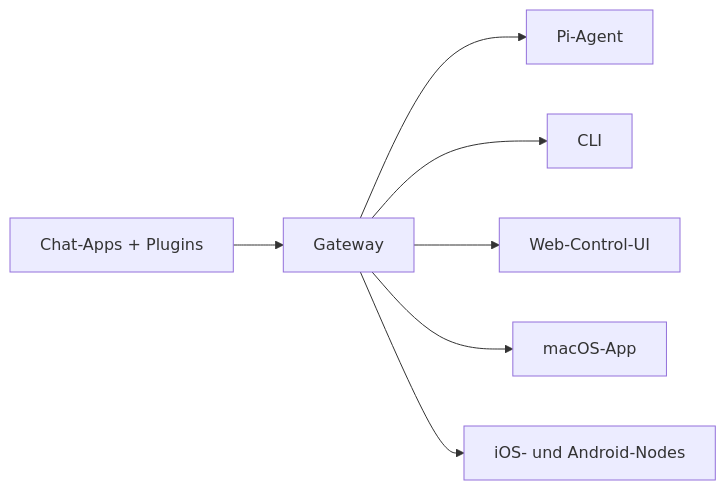
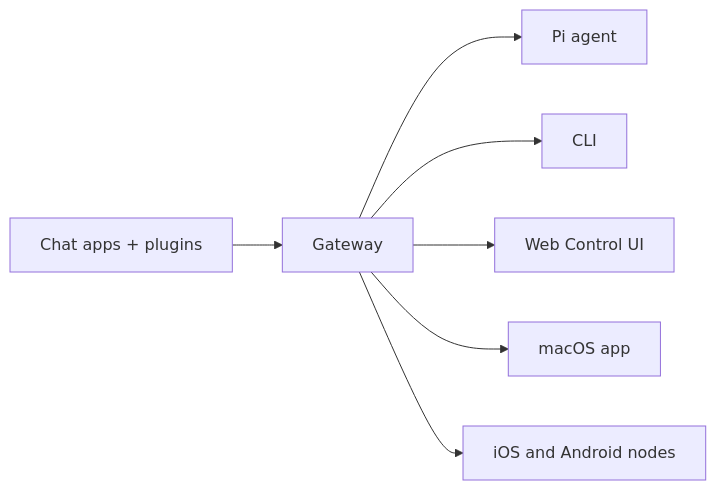
The diagram in docs/de/index.md (openclaw/docs), drawn with Mermaid before and after one commit. The commit also changed other lines of this file and 1329 other files, not shown here.

````diff
--- a/docs/de/index.md
+++ b/docs/de/index.md
@@ -68,9 +68,9 @@
 ```mermaid
 flowchart LR
-  A["Chat-Apps + Plugins"] --> B["Gateway"]
-  B --> C["Pi-Agent"]
+  A["Chat apps + plugins"] --> B["Gateway"]
+  B --> C["Pi agent"]
   B --> D["CLI"]
-  B --> E["Web-Control-UI"]
-  B --> F["macOS-App"]
-  B --> G["iOS- und Android-Nodes"]
+  B --> E["Web Control UI"]
+  B --> F["macOS app"]
+  B --> G["iOS and Android nodes"]
 ```
````
